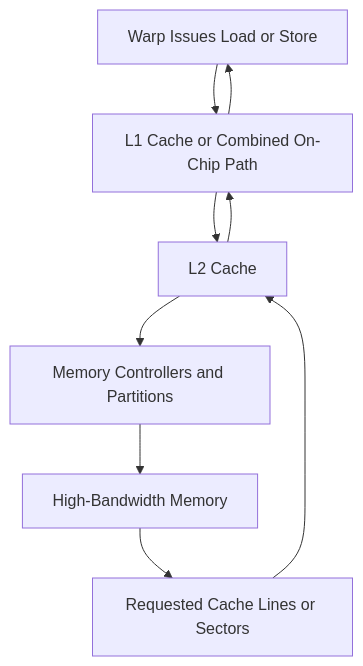
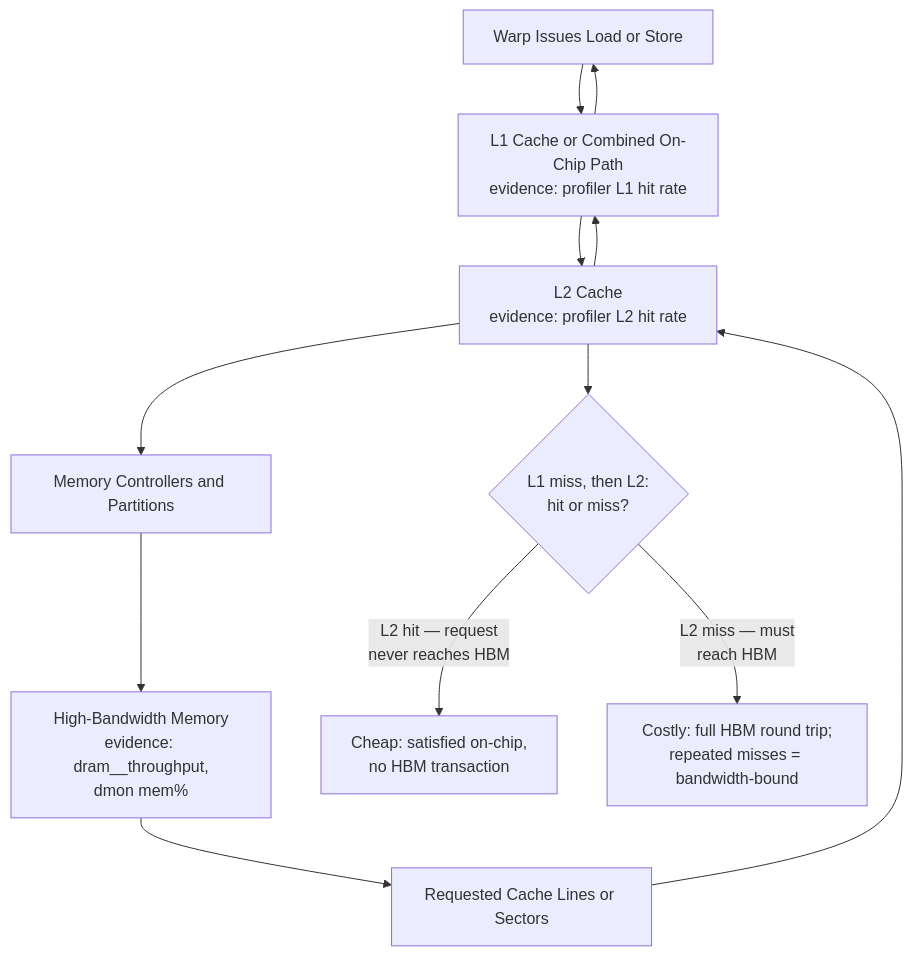
One commit to jithinpnjm/nvidia-devops changed the first of 3 diagrams in docs/nvidia-zero-to-hero/volume-02/chapter-08-global-memory-l1-l2-and-hbm.md. Above: the diagram before and after it, drawn with Mermaid. The commit also changed other lines of this file and 1 other file, not shown here.

````diff
--- a/docs/nvidia-zero-to-hero/volume-02/chapter-08-global-memory-l1-l2-and-hbm.md
+++ b/docs/nvidia-zero-to-hero/volume-02/chapter-08-global-memory-l1-l2-and-hbm.md
@@ -49,12 +49,15 @@
 ```mermaid
 flowchart TD
     Warp[Warp Issues Load or Store]
-    L1[L1 Cache or Combined On-Chip Path]
-    L2[L2 Cache]
+    L1["L1 Cache or Combined On-Chip Path<br/>evidence: profiler L1 hit rate"]
+    L2["L2 Cache<br/>evidence: profiler L2 hit rate"]
     Controllers[Memory Controllers and Partitions]
-    HBM[High-Bandwidth Memory]
+    HBM["High-Bandwidth Memory<br/>evidence: dram__throughput,<br/>dmon mem%"]
     Data[Requested Cache Lines or Sectors]
 
     Warp --> L1 --> L2 --> Controllers --> HBM
     HBM --> Data --> L2 --> L1 --> Warp
+    L2 --> Q{"L1 miss, then L2:<br/>hit or miss?"}
+    Q -->|"L2 hit — request<br/>never reaches HBM"| Cheap["Cheap: satisfied on-chip,<br/>no HBM transaction"]
+    Q -->|"L2 miss — must<br/>reach HBM"| Costly["Costly: full HBM round trip;<br/>repeated misses = bandwidth-bound"]
 ```
````
